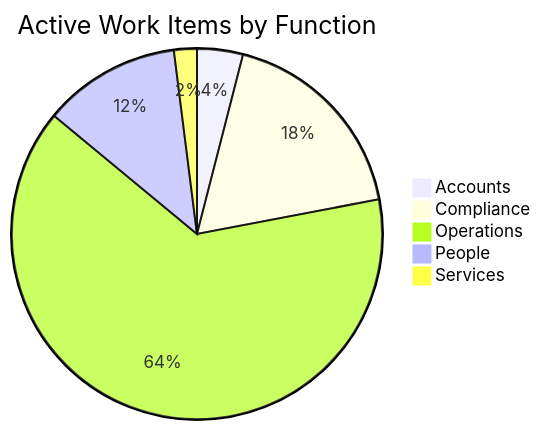
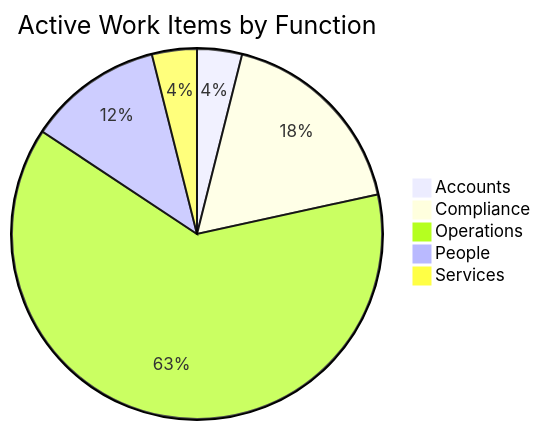
The first of 3 diagrams in dashboard.md (mgosal/5et.uk), drawn with Mermaid before and after one commit. The commit also changed other lines of this file and 2 other files, not shown here.

````diff
--- a/dashboard.md
+++ b/dashboard.md
@@ -78,8 +79,8 @@
 ```mermaid
 pie title Active Work Items by Function
     "Accounts" : 2
     "Compliance" : 9
     "Operations" : 32
     "People" : 6
-    "Services" : 1
+    "Services" : 2
 ```
````
